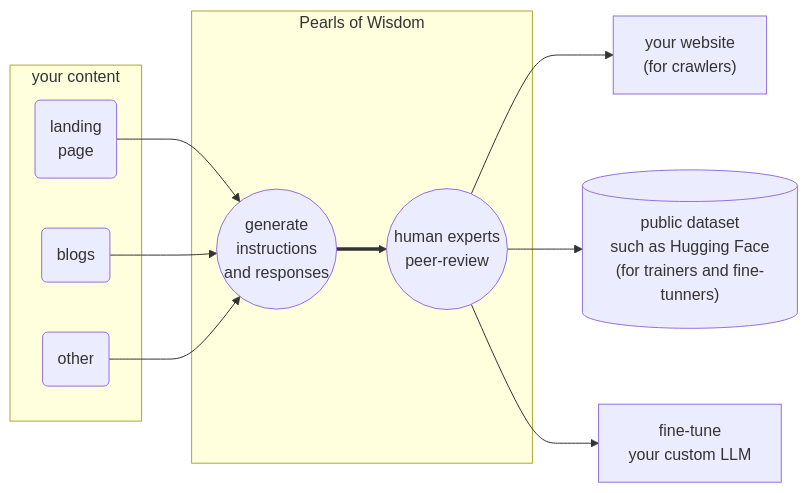
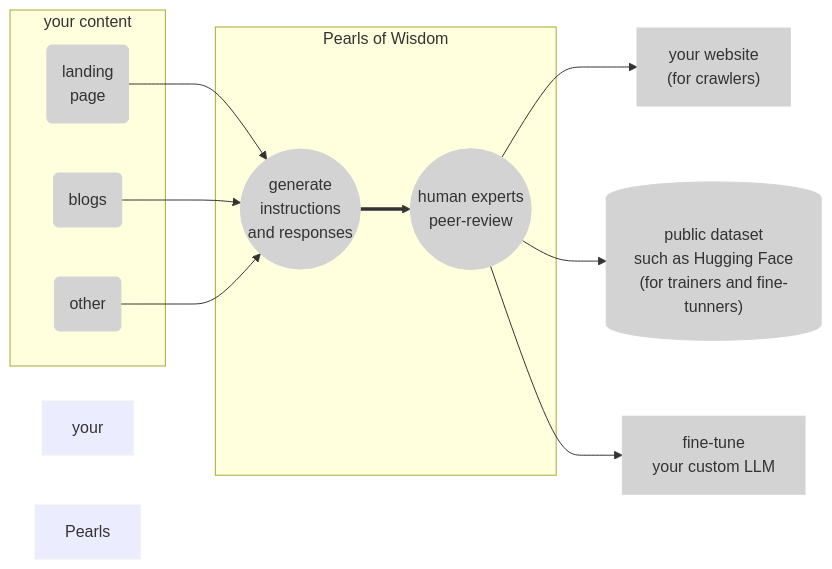
Before and after one commit to kirilligum/prls.co: the diagram in diagrams/userflow.mmd, drawn with Mermaid.

Commit message:
aider: Updated node and subgraph colors to light shades of grey in user flow diagram.
# Aider chat conversation:

USER: in userflow.mmd, change the node colors and the subgraph colors to the light shades of grey

ASSISTANT: ```diff
--- diagrams/userflow.mmd
+++ diagrams/userflow.mmd
@@ ... @@
-graph LR
+graph LR
+  style your content fill:#f0f0f0,stroke:#f0f0f0
+  style Pearls of Wisdom fill:#f0f0f0,stroke:#f0f0f0
+  style lp fill:#d3d3d3,stroke:#d3d3d3
+  style b fill:#d3d3d3,stroke:#d3d3d3
+  style other fill:#d3d3d3,stroke:#d3d3d3
+  style g fill:#d3d3d3,stroke:#d3d3d3
+  style h fill:#d3d3d3,stroke:#d3d3d3
+  style page fill:#d3d3d3,stroke:#d3d3d3
+  style pubhf fill:#d3d3d3,stroke:#d3d3d3
+  style cllm fill:#d3d3d3,stroke:#d3d3d3
 subgraph your content
   lp("landing<br/>page")
   b(blogs)
```

```diff
--- a/diagrams/userflow.mmd
+++ b/diagrams/userflow.mmd
@@ -1,20 +1,30 @@
 graph LR
+  style your content fill:#f0f0f0,stroke:#f0f0f0
+  style Pearls of Wisdom fill:#f0f0f0,stroke:#f0f0f0
+  style lp fill:#d3d3d3,stroke:#d3d3d3
+  style b fill:#d3d3d3,stroke:#d3d3d3
+  style other fill:#d3d3d3,stroke:#d3d3d3
+  style g fill:#d3d3d3,stroke:#d3d3d3
+  style h fill:#d3d3d3,stroke:#d3d3d3
+  style page fill:#d3d3d3,stroke:#d3d3d3
+  style pubhf fill:#d3d3d3,stroke:#d3d3d3
+  style cllm fill:#d3d3d3,stroke:#d3d3d3
 subgraph your content
   lp("landing<br/>page")
   b(blogs)
   other(other)
 end
 subgraph Pearls of Wisdom
   g(("generate<br/>instructions<br/>and responses"))
   h(("human experts<br/>peer-review"))
 end
 page["your website<br/>(for crawlers)"]
 pubhf[("public dataset<br/>such as Hugging Face<br/>(for trainers and fine-tunners)")]
 cllm["fine-tune<br/>your custom LLM"]
 lp-->g
 b-->g
 other-->g
 g==>h
 h-->page
 h-->pubhf
 h-->cllm
```
